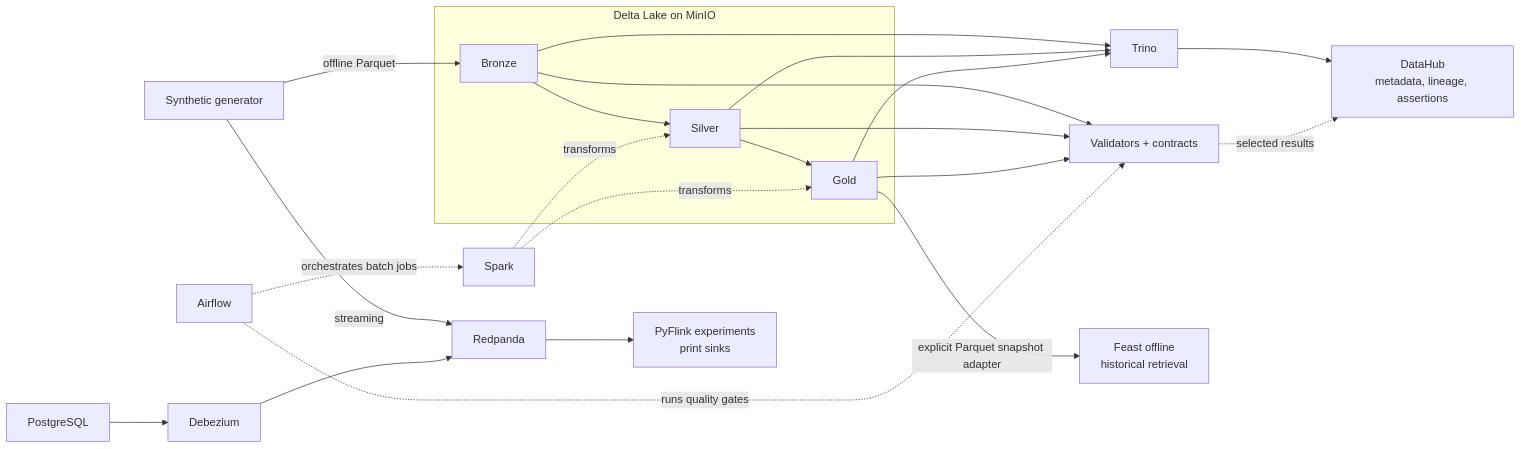
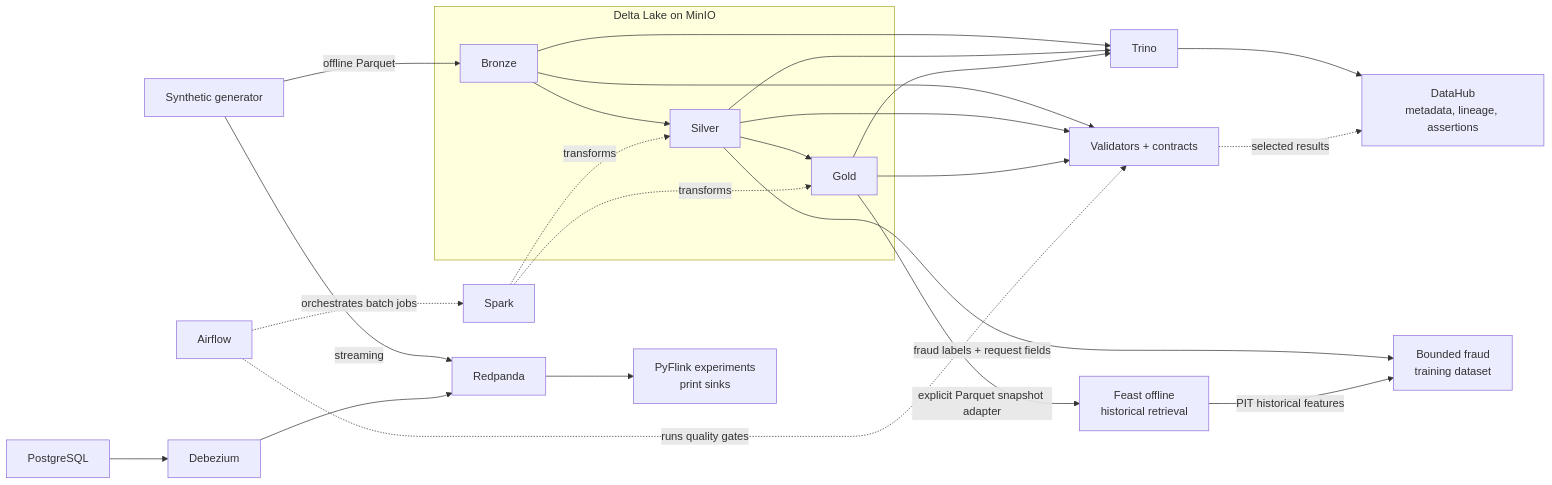
The diagram in README.md (HuyyGiaa/ewallet-data-ai-platform), drawn with Mermaid before and after one commit. The commit also changed other lines of this file and 21 other files, not shown here.

Commit message:
feat: add point-in-time fraud training dataset

````diff
--- a/README.md
+++ b/README.md
@@ -11,36 +11,39 @@
 ```mermaid
 flowchart LR
     GEN["Synthetic generator"]
     PG["PostgreSQL"]
     DBZ["Debezium"]
     RP["Redpanda"]
     FLINK["PyFlink experiments<br/>print sinks"]
 
     subgraph MINIO["Delta Lake on MinIO"]
         BR["Bronze"] --> SI["Silver"] --> GO["Gold"]
     end
 
     SPARK["Spark"]
     TRINO["Trino"]
     DQ["Validators + contracts"]
     AIRFLOW["Airflow"]
     DATAHUB["DataHub<br/>metadata, lineage, assertions"]
     FEAST["Feast offline<br/>historical retrieval"]
+    TRAIN["Bounded fraud<br/>training dataset"]
 
     GEN -->|offline Parquet| BR
     GEN -->|streaming| RP --> FLINK
     PG --> DBZ --> RP
     SPARK -.transforms.-> SI
     SPARK -.transforms.-> GO
     BR --> TRINO
     SI --> TRINO
     GO --> TRINO
     GO -->|explicit Parquet snapshot adapter| FEAST
+    SI -->|fraud labels + request fields| TRAIN
+    FEAST -->|PIT historical features| TRAIN
     BR --> DQ
     SI --> DQ
     GO --> DQ
     TRINO --> DATAHUB
     DQ -.selected results.-> DATAHUB
     AIRFLOW -.orchestrates batch jobs.-> SPARK
     AIRFLOW -.runs quality gates.-> DQ
 ```
````
